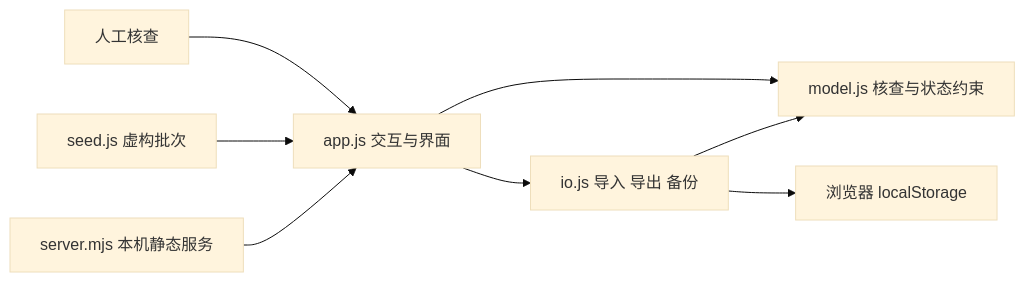
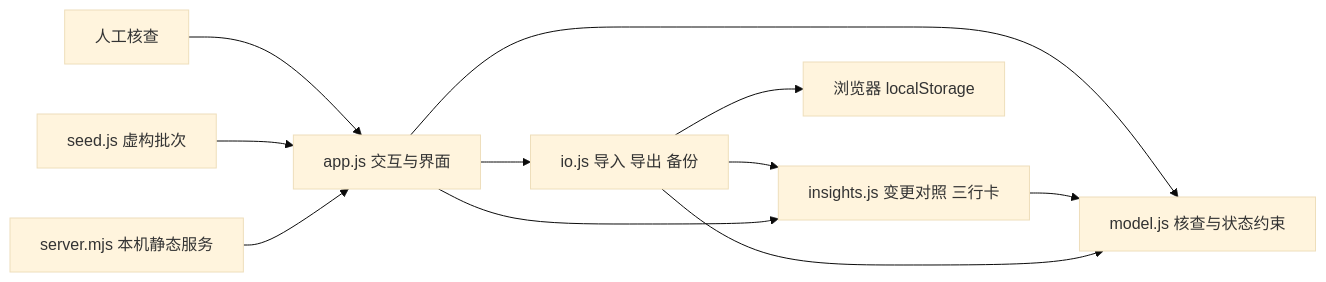
One commit to WELT5350/1024-prototype changed the first of 2 diagrams in docs/ARCHITECTURE.md. Above: the diagram before and after it, drawn with Mermaid (base theme). The commit also changed other lines of this file and 17 other files, not shown here.

````diff
--- a/docs/ARCHITECTURE.md
+++ b/docs/ARCHITECTURE.md
@@ -7,10 +7,13 @@
 ```mermaid
 flowchart LR
   User[人工核查] --> UI[app.js 交互与界面]
   Seed[seed.js 虚构批次] --> UI
   UI --> Rule[model.js 核查与状态约束]
   UI --> IO[io.js 导入 导出 备份]
+  IO --> Insight[insights.js 变更对照 三行卡]
+  UI --> Insight
+  Insight --> Rule
   IO --> Rule
   IO --> Local[浏览器 localStorage]
   Server[server.mjs 本机静态服务] --> UI
 ```
````
